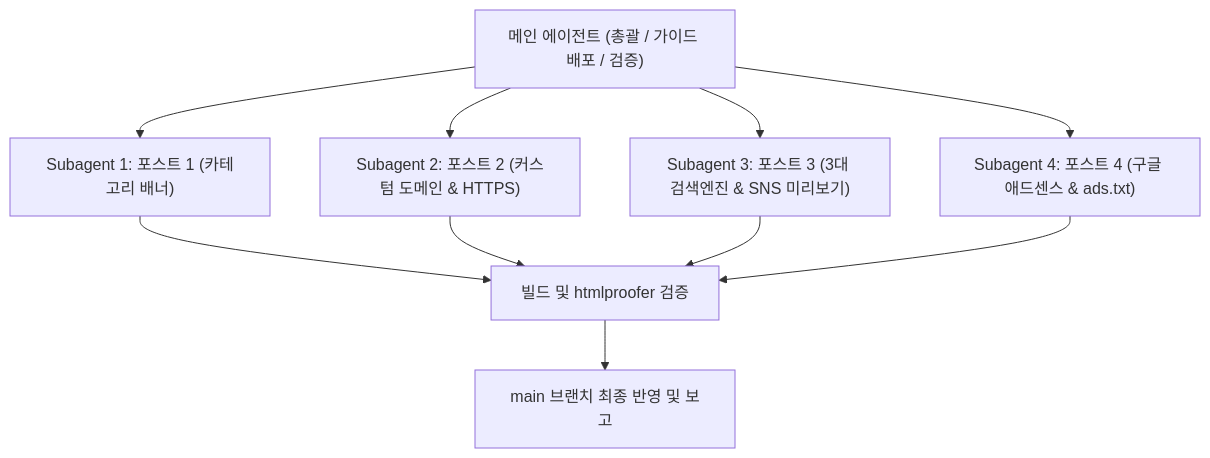
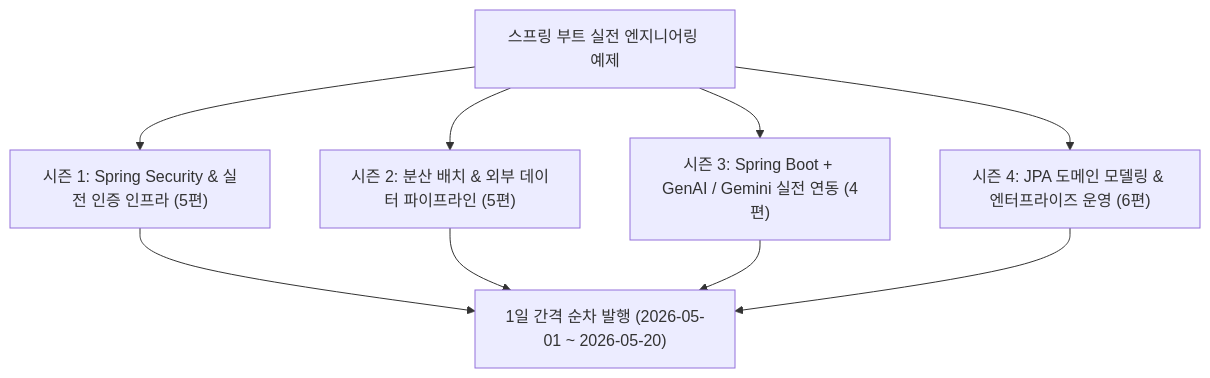
Before and after one commit to cmsong111/blog: the diagram in plan.md, drawn with Mermaid. The commit also changed other lines of this file and 80 other files, not shown here.

````diff
--- a/plan.md
+++ b/plan.md
@@ -108,14 +17,12 @@
 ```mermaid
 flowchart TD
-    Parent["메인 에이전트 (총괄 / 가이드 배포 / 검증)"]
-    Parent --> SA1["Subagent 1: 포스트 1 (카테고리 배너)"]
-    Parent --> SA2["Subagent 2: 포스트 2 (커스텀 도메인 & HTTPS)"]
-    Parent --> SA3["Subagent 3: 포스트 3 (3대 검색엔진 & SNS 미리보기)"]
-    Parent --> SA4["Subagent 4: 포스트 4 (구글 애드센스 & ads.txt)"]
+    CB["스프링 부트 실전 엔지니어링 예제"] --> S1["시즌 1: Spring Security & 실전 인증 인프라 (5편)"]
+    CB --> S2["시즌 2: 분산 배치 & 외부 데이터 파이프라인 (5편)"]
+    CB --> S3["시즌 3: Spring Boot + GenAI / Gemini 실전 연동 (4편)"]
+    CB --> S4["시즌 4: JPA 도메인 모델링 & 엔터프라이즈 운영 (6편)"]
 
-    SA1 --> V["빌드 및 htmlproofer 검증"]
-    SA2 --> V
-    SA3 --> V
-    SA4 --> V
-    V --> Commit["main 브랜치 최종 반영 및 보고"]
+    S1 --> Run["1일 간격 순차 발행 (2026-05-01 ~ 2026-05-20)"]
+    S2 --> Run
+    S3 --> Run
+    S4 --> Run
 ```
````
